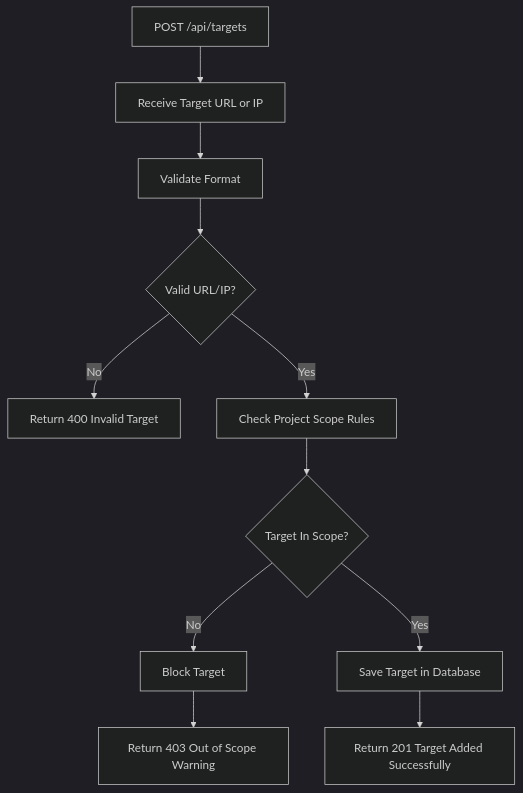
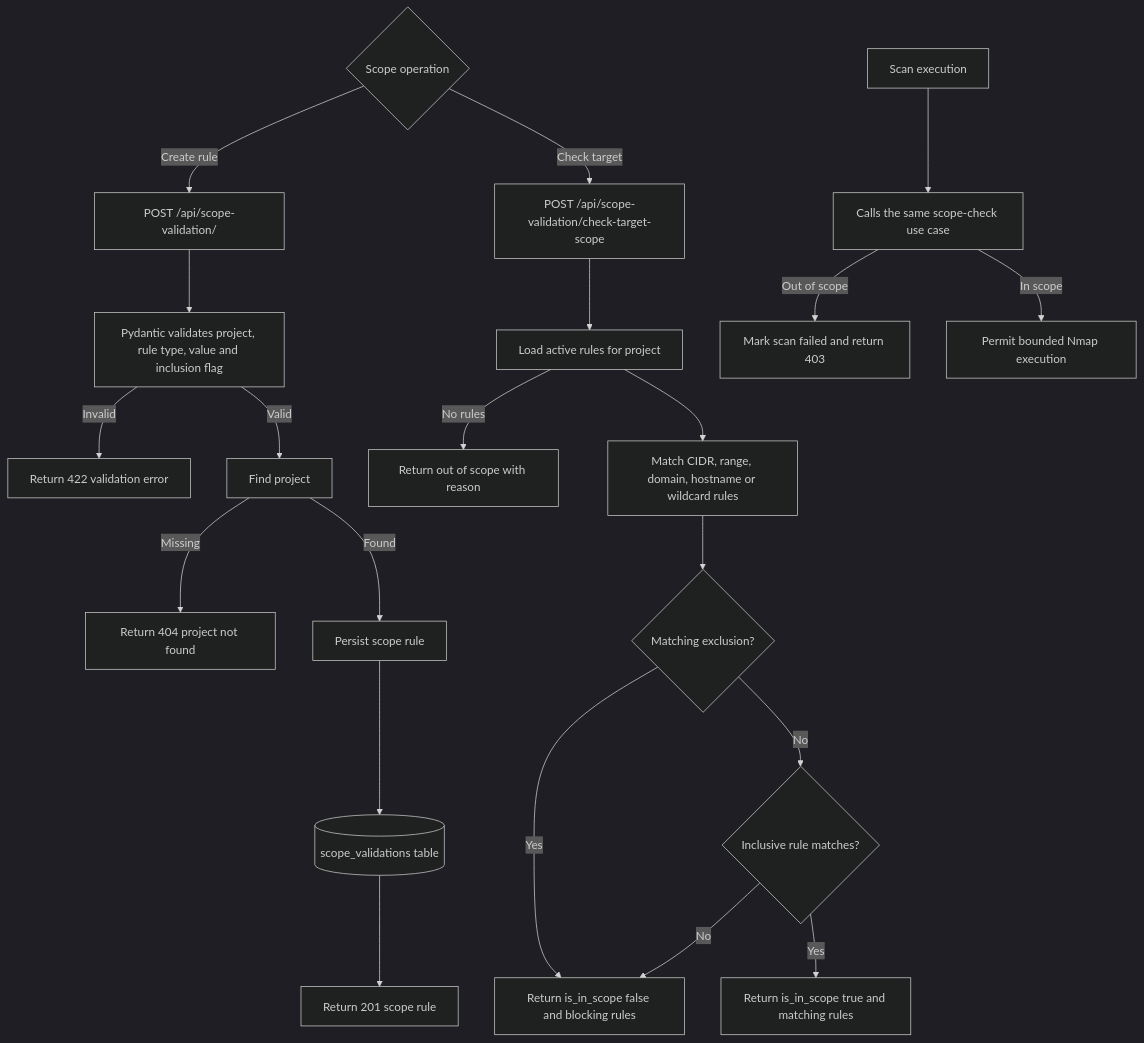
One commit to ChiragMenariyaCJ/AI-Powered-Penetration-Testing-Assist-System changed the diagram in System Architecture Flow Charts/03_API_Flows/Scope_Validation_API.mmd. Above: the diagram before and after it, drawn with Mermaid (dark theme). The commit also changed 18 other files, not shown here.

Commit message:
Refactor mermaid code structure for improved readability and maintainability

```diff
--- a/System Architecture Flow Charts/03_API_Flows/Scope_Validation_API.mmd
+++ b/System Architecture Flow Charts/03_API_Flows/Scope_Validation_API.mmd
@@ -1,17 +1,25 @@
 flowchart TD
-    A[POST /api/targets] --> B[Receive Target URL or IP]
+    A{Scope operation}
 
-    B --> C[Validate Format]
+    A -->|Create rule| B[POST /api/scope-validation/]
+    B --> C[Pydantic validates project, rule type, value and inclusion flag]
+    C -->|Invalid| D[Return 422 validation error]
+    C -->|Valid| E[Find project]
+    E -->|Missing| F[Return 404 project not found]
+    E -->|Found| G[Persist scope rule]
+    G --> H[(scope_validations table)]
+    H --> I[Return 201 scope rule]
 
-    C --> D{Valid URL/IP?}
+    A -->|Check target| J[POST /api/scope-validation/check-target-scope]
+    J --> K[Load active rules for project]
+    K -->|No rules| L[Return out of scope with reason]
+    K --> M[Match CIDR, range, domain, hostname or wildcard rules]
+    M --> N{Matching exclusion?}
+    N -->|Yes| O[Return is_in_scope false and blocking rules]
+    N -->|No| P{Inclusive rule matches?}
+    P -->|Yes| Q[Return is_in_scope true and matching rules]
+    P -->|No| O
 
-    D -- No --> E[Return 400 Invalid Target]
-    D -- Yes --> F[Check Project Scope Rules]
-
-    F --> G{Target In Scope?}
-
-    G -- No --> H[Block Target]
-    H --> I[Return 403 Out of Scope Warning]
-
-    G -- Yes --> J[Save Target in Database]
-    J --> K[Return 201 Target Added Successfully]
+    R[Scan execution] --> S[Calls the same scope-check use case]
+    S -->|Out of scope| T[Mark scan failed and return 403]
+    S -->|In scope| U[Permit bounded Nmap execution]
```
